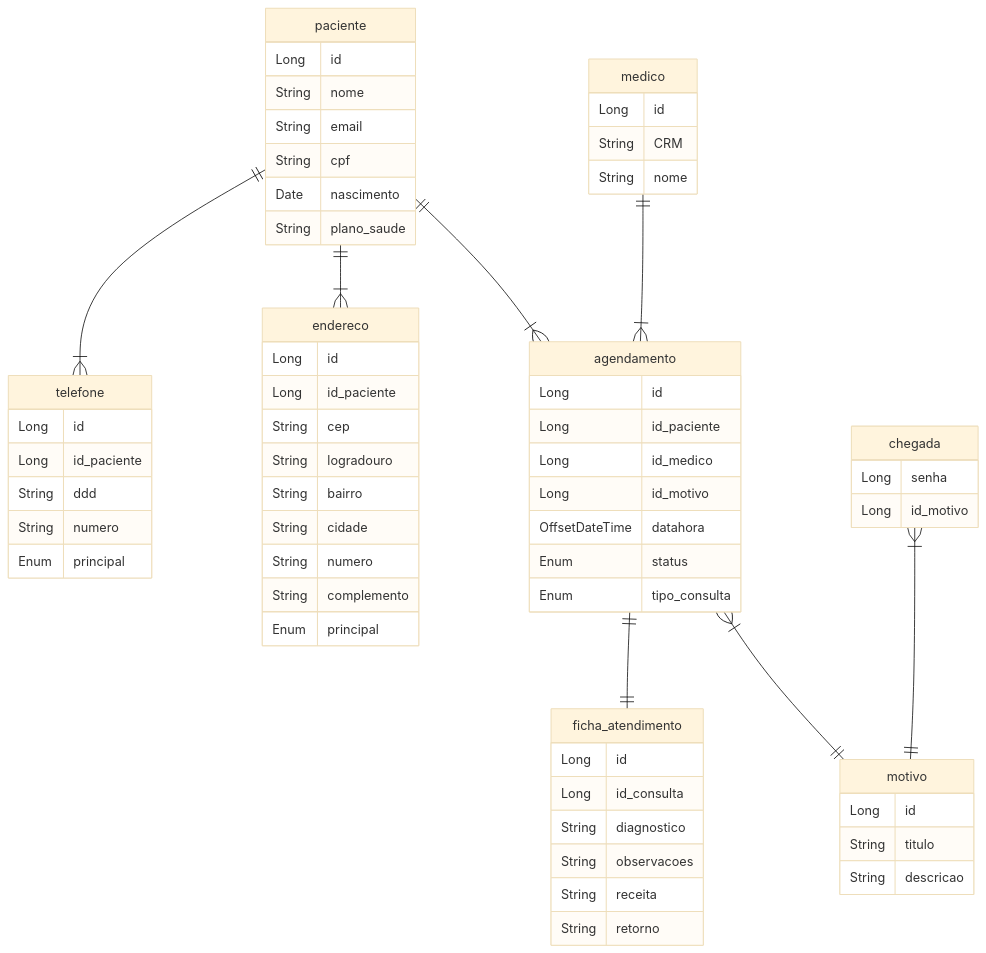
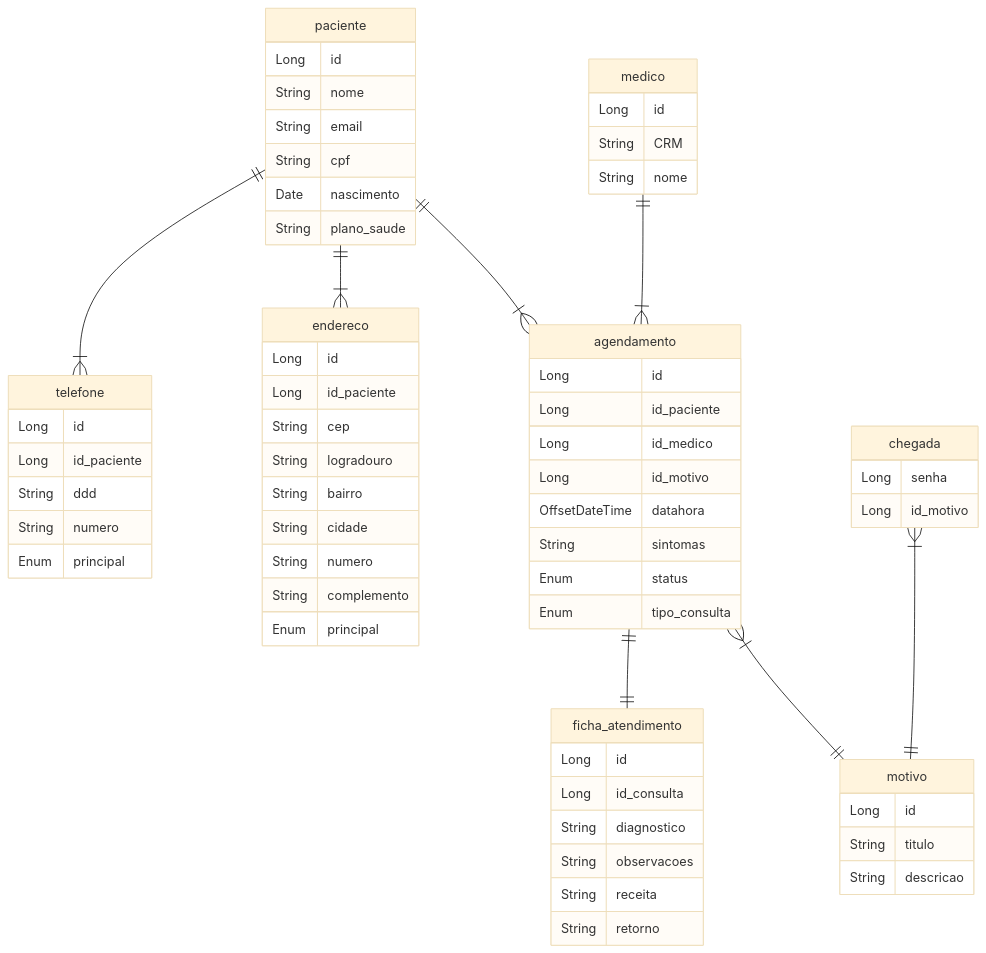
One commit to LucianoFraga27/consultorio-project changed the diagram in README.md. Above: the diagram before and after it, drawn with Mermaid (base theme). The commit also changed 13 other files, not shown here.

````diff
--- a/README.md
+++ b/README.md
@@ -17,67 +17,68 @@
 ```mermaid
 erDiagram
     paciente ||--|{ telefone : ""
     paciente ||--|{ endereco : ""
     paciente ||--|{ agendamento : ""
     medico ||--|{ agendamento : ""
     agendamento ||--||  ficha_atendimento : ""
     agendamento }|--|| motivo : ""
     chegada }|--|| motivo : ""
     paciente {
         Long id
         String nome
         String email
         String cpf
         Date nascimento
         String plano_saude
     }
     telefone {
         Long id
         Long id_paciente
         String ddd
         String numero
         Enum principal
     }
     endereco {
         Long id
         Long id_paciente
         String cep
         String logradouro
         String bairro
         String cidade
         String numero
         String complemento
         Enum principal
     }
     medico {
         Long id
         String CRM
         String nome
     }
     agendamento {
         Long id
         Long id_paciente
         Long id_medico
         Long id_motivo
         OffsetDateTime datahora
+        String sintomas
         Enum status
         Enum tipo_consulta
     }
     ficha_atendimento {
         Long id
         Long id_consulta
         String diagnostico
         String observacoes
         String receita
         String retorno
     }
     chegada {
         Long senha
         Long id_motivo
     }
     motivo {
         Long id
         String titulo
         String descricao
     }
 ```
````
